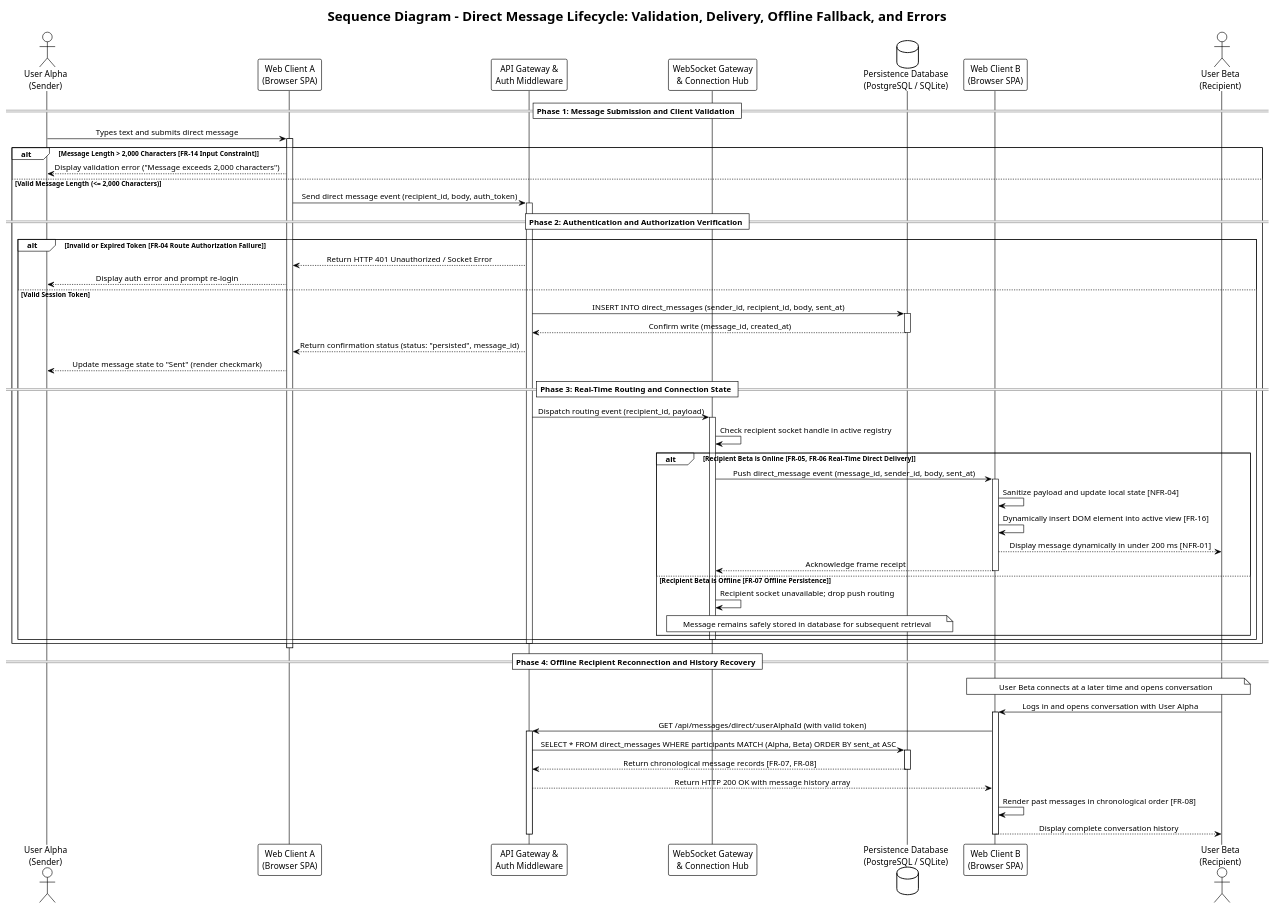
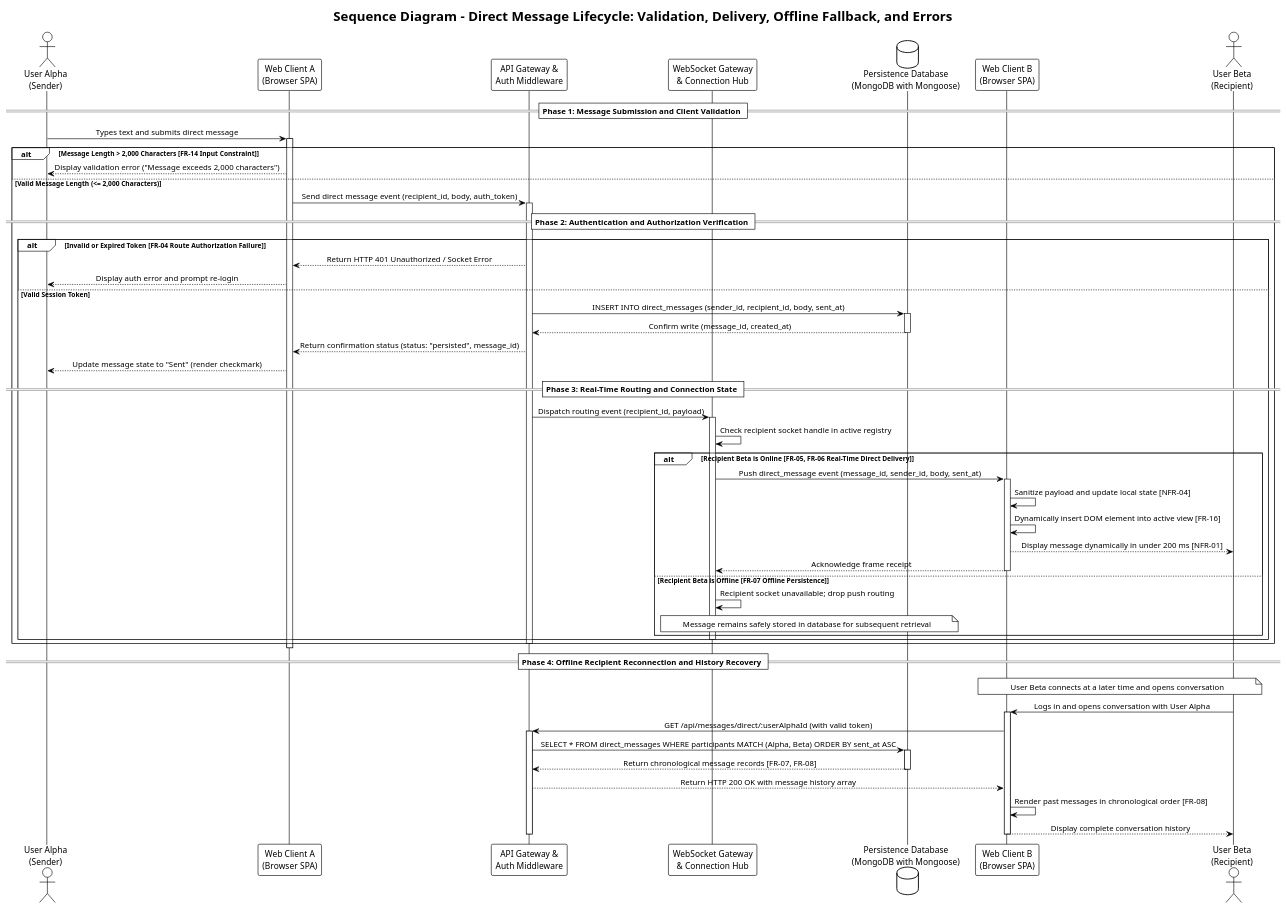
Before and after one commit to sambea1-hub/cps490-messenger: the diagram in docs/diagrams/sequence.puml, drawn with PlantUML. The commit also changed 30 other files, not shown here.

```diff
--- a/docs/diagrams/sequence.puml
+++ b/docs/diagrams/sequence.puml
@@ -1,84 +1,84 @@
 @startuml sequence
 !theme plain
 skinparam monochrome false
 skinparam shadowing false
 skinparam defaultFontName Arial
 skinparam sequenceMessageAlign center
 
 title Sequence Diagram - Direct Message Lifecycle: Validation, Delivery, Offline Fallback, and Errors
 
 actor "User Alpha\n(Sender)" as UserA
 participant "Web Client A\n(Browser SPA)" as ClientA
 participant "API Gateway &\nAuth Middleware" as Gateway
 participant "WebSocket Gateway\n& Connection Hub" as WSHub
-database "Persistence Database\n(PostgreSQL / SQLite)" as DB
+database "Persistence Database\n(MongoDB with Mongoose)" as DB
 participant "Web Client B\n(Browser SPA)" as ClientB
 actor "User Beta\n(Recipient)" as UserB
 
 == Phase 1: Message Submission and Client Validation ==
 
 UserA -> ClientA : Types text and submits direct message
 activate ClientA
 
 alt Message Length > 2,000 Characters [FR-14 Input Constraint]
     ClientA --> UserA : Display validation error ("Message exceeds 2,000 characters")
 else Valid Message Length (<= 2,000 Characters)
     ClientA -> Gateway : Send direct message event (recipient_id, body, auth_token)
     activate Gateway
    
     == Phase 2: Authentication and Authorization Verification ==
    
     alt Invalid or Expired Token [FR-04 Route Authorization Failure]
         Gateway --> ClientA : Return HTTP 401 Unauthorized / Socket Error
         ClientA --> UserA : Display auth error and prompt re-login
     else Valid Session Token
         Gateway -> DB : INSERT INTO direct_messages (sender_id, recipient_id, body, sent_at)
         activate DB
         DB --> Gateway : Confirm write (message_id, created_at)
         deactivate DB
        
         Gateway --> ClientA : Return confirmation status (status: "persisted", message_id)
         ClientA --> UserA : Update message state to "Sent" (render checkmark)
        
         == Phase 3: Real-Time Routing and Connection State ==
        
         Gateway -> WSHub : Dispatch routing event (recipient_id, payload)
         activate WSHub
         WSHub -> WSHub : Check recipient socket handle in active registry
        
         alt Recipient Beta is Online [FR-05, FR-06 Real-Time Direct Delivery]
             WSHub -> ClientB : Push direct_message event (message_id, sender_id, body, sent_at)
             activate ClientB
             ClientB -> ClientB : Sanitize payload and update local state [NFR-04]
             ClientB -> ClientB : Dynamically insert DOM element into active view [FR-16]
             ClientB --> UserB : Display message dynamically in under 200 ms [NFR-01]
             ClientB --> WSHub : Acknowledge frame receipt
             deactivate ClientB
         else Recipient Beta is Offline [FR-07 Offline Persistence]
             WSHub -> WSHub : Recipient socket unavailable; drop push routing
             note over WSHub, DB : Message remains safely stored in database for subsequent retrieval
         end
         deactivate WSHub
     end
     deactivate Gateway
 end
 deactivate ClientA
 
 == Phase 4: Offline Recipient Reconnection and History Recovery ==
 
 note over UserB, ClientB : User Beta connects at a later time and opens conversation
 UserB -> ClientB : Logs in and opens conversation with User Alpha
 activate ClientB
 ClientB -> Gateway : GET /api/messages/direct/:userAlphaId (with valid token)
 activate Gateway
 Gateway -> DB : SELECT * FROM direct_messages WHERE participants MATCH (Alpha, Beta) ORDER BY sent_at ASC
 activate DB
 DB --> Gateway : Return chronological message records [FR-07, FR-08]
 deactivate DB
 Gateway --> ClientB : Return HTTP 200 OK with message history array
 ClientB -> ClientB : Render past messages in chronological order [FR-08]
 ClientB --> UserB : Display complete conversation history
 deactivate Gateway
 deactivate ClientB
 
 @enduml
```
